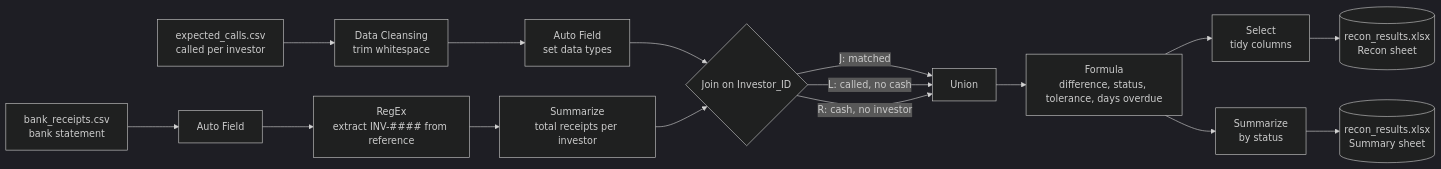
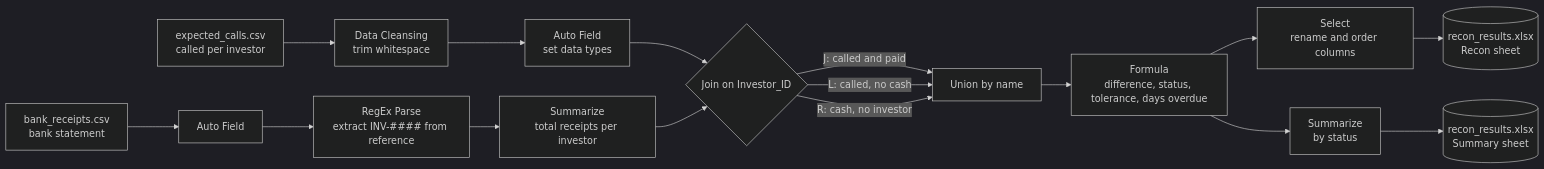
Before and after one commit to Nair-Shreyas/capital-call-reconciliation-alteryx: the diagram in README.md, drawn with Mermaid (dark theme). The commit also changed other lines of this file, not shown here.

````diff
--- a/README.md
+++ b/README.md
@@ -39,18 +93,18 @@
 ```mermaid
 flowchart LR
     A[expected_calls.csv<br/>called per investor] --> B[Data Cleansing<br/>trim whitespace]
     B --> C[Auto Field<br/>set data types]
     D[bank_receipts.csv<br/>bank statement] --> E[Auto Field]
-    E --> F[RegEx<br/>extract INV-#### from reference]
+    E --> F[RegEx Parse<br/>extract INV-#### from reference]
     F --> G[Summarize<br/>total receipts per investor]
     C --> H{Join on Investor_ID}
     G --> H
-    H -- J: matched --> I[Union]
+    H -- J: called and paid --> I[Union by name]
     H -- L: called, no cash --> I
     H -- R: cash, no investor --> I
     I --> J[Formula<br/>difference, status, tolerance, days overdue]
-    J --> K[Select<br/>tidy columns]
+    J --> K[Select<br/>rename and order columns]
     K --> L[(recon_results.xlsx<br/>Recon sheet)]
     J --> M[Summarize<br/>by status]
     M --> N[(recon_results.xlsx<br/>Summary sheet)]
 ```
````
